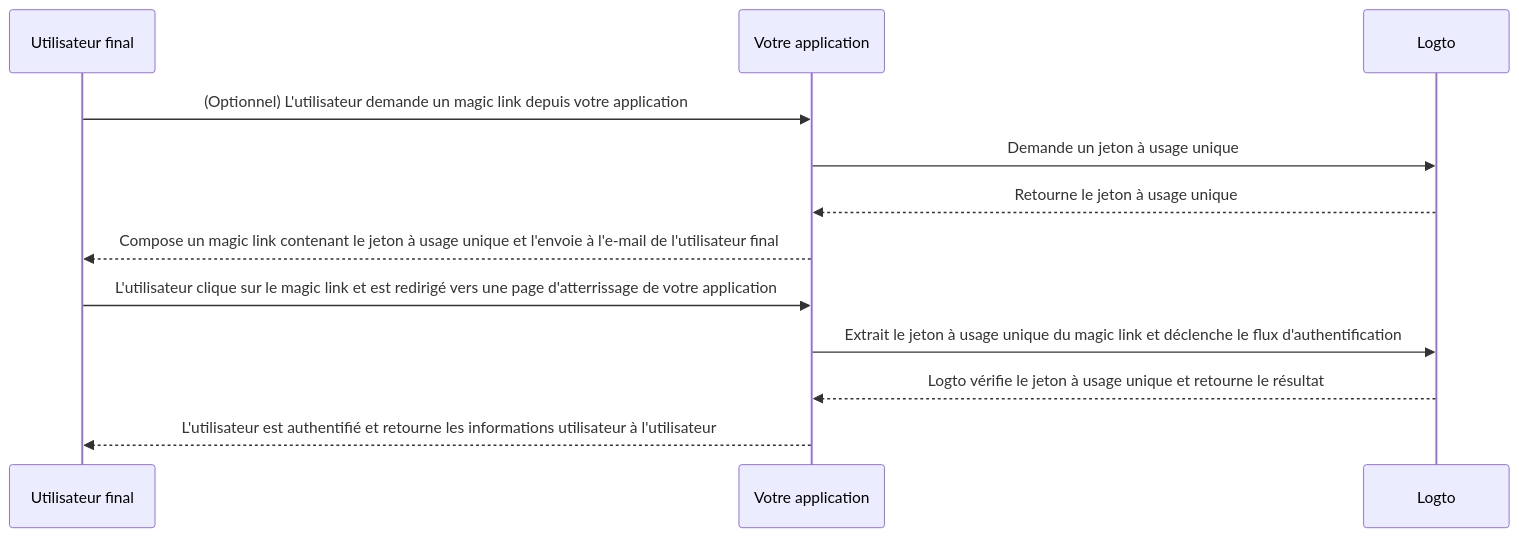
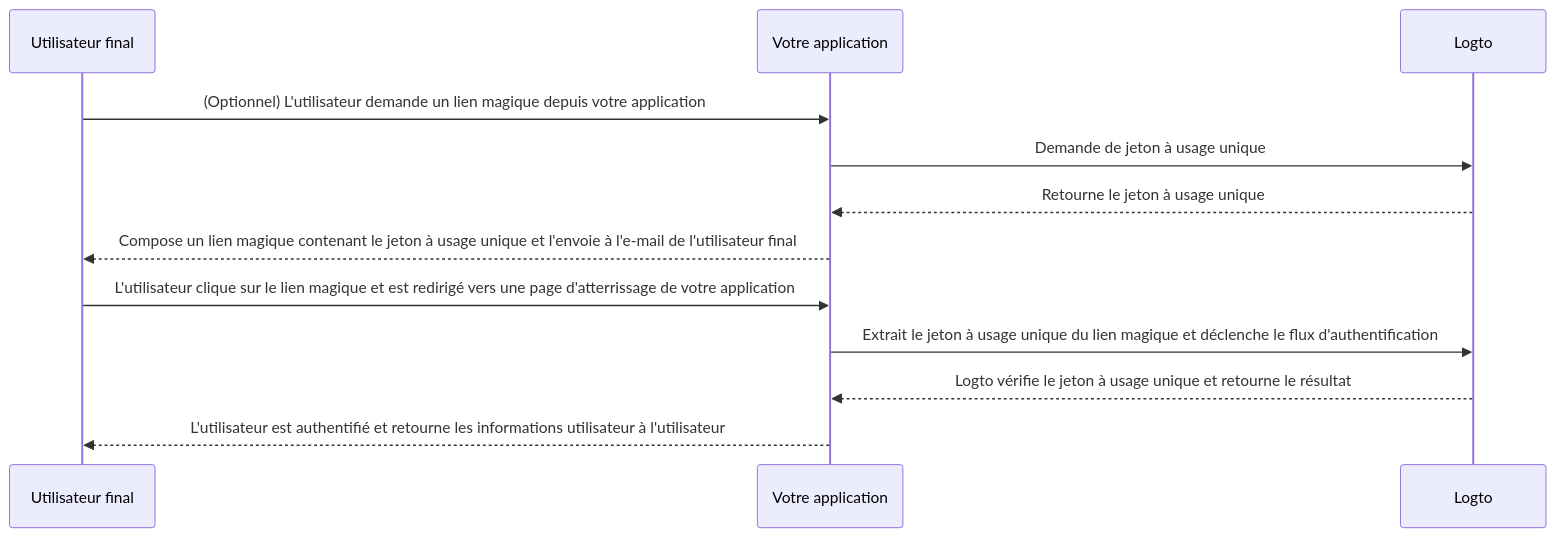
Before and after one commit to logto-io/docs: the diagram in i18n/fr/docusaurus-plugin-content-docs/current/end-user-flows/one-time-token.mdx, drawn with Mermaid. The commit also changed other lines of this file and 37 other files, not shown here.

````diff
--- a/i18n/fr/docusaurus-plugin-content-docs/current/end-user-flows/one-time-token.mdx
+++ b/i18n/fr/docusaurus-plugin-content-docs/current/end-user-flows/one-time-token.mdx
@@ -24,15 +40,15 @@
 ```mermaid
 sequenceDiagram
   participant U as Utilisateur final
   participant C as Votre application
   participant L as Logto
 
-  U ->> C: (Optionnel) L'utilisateur demande un magic link depuis votre application
-  C ->> L: Demande un jeton à usage unique
+  U ->> C: (Optionnel) L'utilisateur demande un lien magique depuis votre application
+  C ->> L: Demande de jeton à usage unique
   L -->> C: Retourne le jeton à usage unique
-  C -->> U: Compose un magic link contenant le jeton à usage unique et l'envoie à l'e-mail de l'utilisateur final
-  U ->> C: L'utilisateur clique sur le magic link et est redirigé vers une page d'atterrissage de votre application
-  C ->> L: Extrait le jeton à usage unique du magic link et déclenche le flux d'authentification
+  C -->> U: Compose un lien magique contenant le jeton à usage unique et l'envoie à l'e-mail de l'utilisateur final
+  U ->> C: L'utilisateur clique sur le lien magique et est redirigé vers une page d'atterrissage de votre application
+  C ->> L: Extrait le jeton à usage unique du lien magique et déclenche le flux d'authentification
   L -->> C: Logto vérifie le jeton à usage unique et retourne le résultat
   C -->> U: L'utilisateur est authentifié et retourne les informations utilisateur à l'utilisateur
 ```
````
